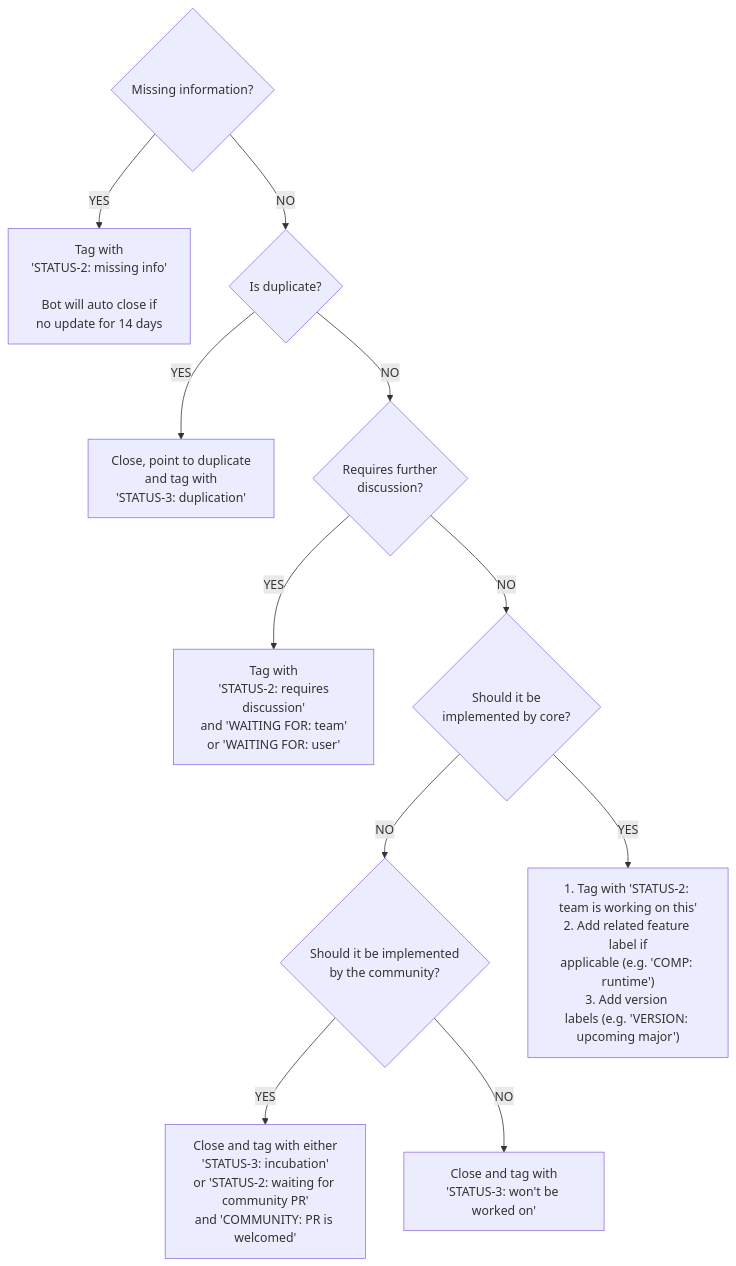
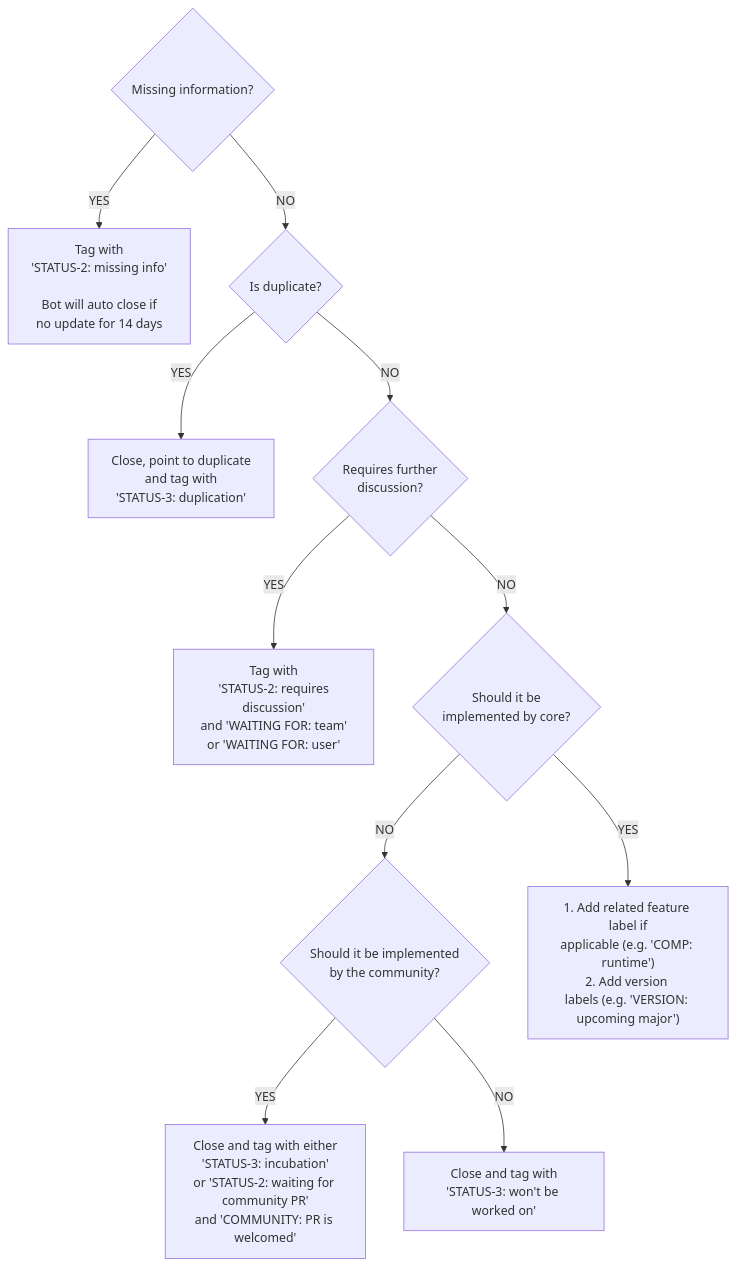
One commit to QwikDev/qwik changed the second of 2 diagrams in contributing/TRIAGE.md. Above: the diagram before and after it, drawn with Mermaid.

````diff
--- a/contributing/TRIAGE.md
+++ b/contributing/TRIAGE.md
@@ -67,14 +67,14 @@
 ```mermaid
 flowchart TD
     start{Missing information?}
     start --YES--> close1[Tag with\n'STATUS-2: missing info'\n\nBot will auto close if\n no update for 14 days]
     start --NO--> dupe{Is duplicate?}
     dupe --YES--> close2[Close, point to duplicate\n and tag with\n'STATUS-3: duplication']
     dupe --NO--> discussion{Requires further\ndiscussion?}
     discussion --YES--> close3[Tag with\n 'STATUS-2: requires discussion'\nand 'WAITING FOR: team'\nor 'WAITING FOR: user']
     discussion --NO--> implement{Should it be\nimplemented by core?}
     implement --NO--> community{Should it be implemented\nby the community?}
     community --YES--> incubate[Close and tag with either\n'STATUS-3: incubation'\nor 'STATUS-2: waiting for community PR'\nand 'COMMUNITY: PR is welcomed']
     community --NO--> wontfix[Close and tag with\n'STATUS-3: won't be worked on']
-    implement --YES--> doimplement["1. Tag with 'STATUS-2: team is working on this'\n2. Add related feature label if\napplicable (e.g. 'COMP: runtime')\n3. Add version \nlabels (e.g. 'VERSION: upcoming major')"]
+    implement --YES--> doimplement["1. Add related feature label if\napplicable (e.g. 'COMP: runtime')\n2. Add version \nlabels (e.g. 'VERSION: upcoming major')"]
 ```
````
